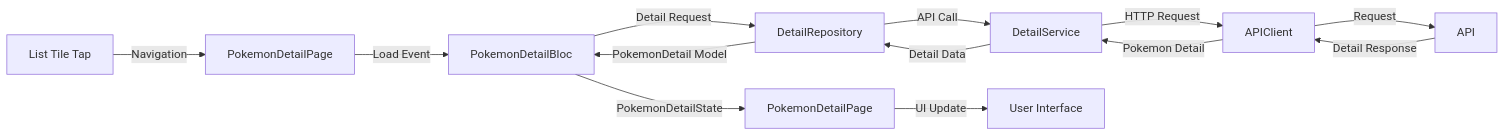
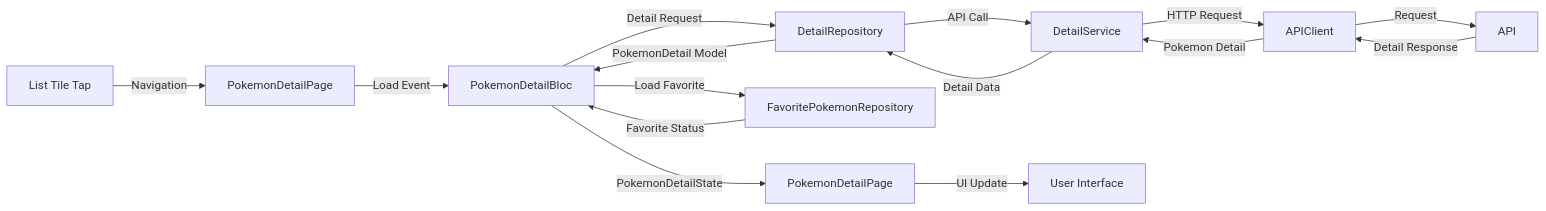
Before and after one commit to justbug/AnotherPokemonAssignment: the fourth of 4 diagrams in flutter_another_pokemon_assignment/README_ARCHITECTURE.md, drawn with Mermaid. The commit also changed other lines of this file and 3 other files, not shown here.

````diff
--- a/flutter_another_pokemon_assignment/README_ARCHITECTURE.md
+++ b/flutter_another_pokemon_assignment/README_ARCHITECTURE.md
@@ -125,16 +131,18 @@
 ```mermaid
 graph LR
     A[List Tile Tap] -->|Navigation| B[PokemonDetailPage]
     B -->|Load Event| C[PokemonDetailBloc]
     C -->|Detail Request| D[DetailRepository]
     D -->|API Call| E[DetailService]
     E -->|HTTP Request| F[APIClient]
     F -->|Request| G[API]
     
     G -->|Detail Response| F
     F -->|Pokemon Detail| E
     E -->|Detail Data| D
     D -->|PokemonDetail Model| C
-    C -->|PokemonDetailState| H[PokemonDetailPage]
-    H -->|UI Update| I[User Interface]
+    C -->|Load Favorite| H[FavoritePokemonRepository]
+    H -->|Favorite Status| C
+    C -->|PokemonDetailState| I[PokemonDetailPage]
+    I -->|UI Update| J[User Interface]
 ```
````
